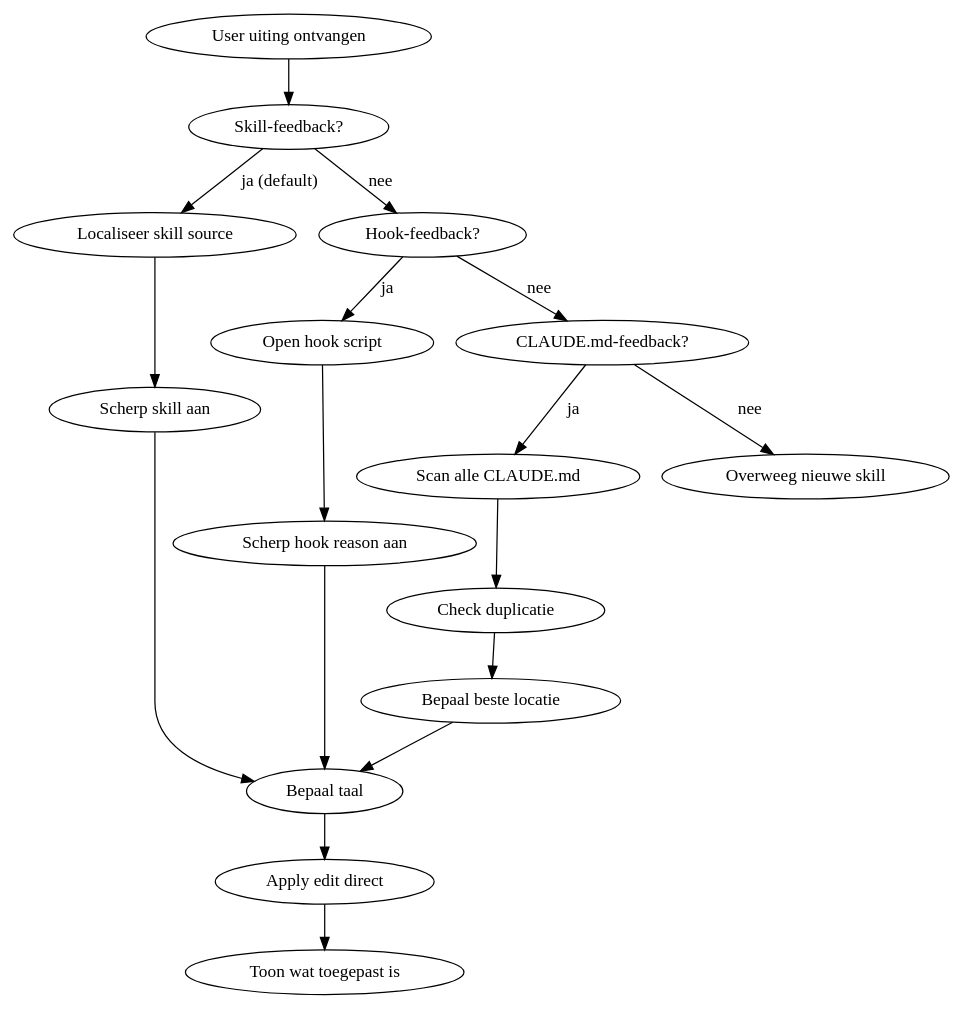
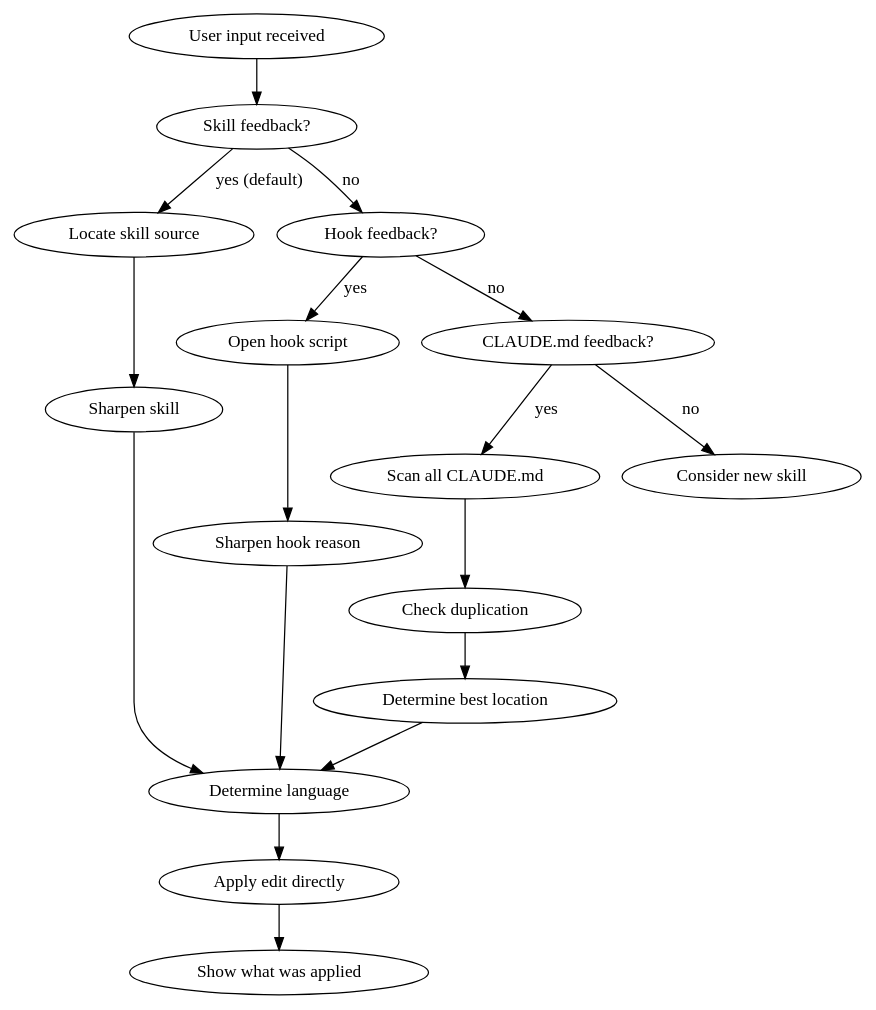
One commit to epologee/leclause-skills changed the first of 2 diagrams in packages/self-improvement/skills/self-improvement/SKILL.md. Above: the diagram before and after it, drawn with Graphviz. The commit also changed other lines of this file and 1 other file, not shown here.

First line of the commit message:
self-improvement: skill prose now reads English

````diff
--- a/packages/self-improvement/skills/self-improvement/SKILL.md
+++ b/packages/self-improvement/skills/self-improvement/SKILL.md
@@ -117,20 +117,20 @@
 ```dot
 digraph self_improvement {
-  "User uiting ontvangen" -> "Skill-feedback?"
-  "Skill-feedback?" -> "Localiseer skill source" [label="ja (default)"]
-  "Skill-feedback?" -> "Hook-feedback?" [label="nee"]
-  "Hook-feedback?" -> "Open hook script" [label="ja"]
-  "Hook-feedback?" -> "CLAUDE.md-feedback?" [label="nee"]
-  "CLAUDE.md-feedback?" -> "Scan alle CLAUDE.md" [label="ja"]
-  "CLAUDE.md-feedback?" -> "Overweeg nieuwe skill" [label="nee"]
-  "Localiseer skill source" -> "Scherp skill aan"
-  "Open hook script" -> "Scherp hook reason aan"
-  "Scan alle CLAUDE.md" -> "Check duplicatie"
-  "Check duplicatie" -> "Bepaal beste locatie"
-  "Bepaal beste locatie" -> "Bepaal taal"
-  "Scherp skill aan" -> "Bepaal taal"
-  "Scherp hook reason aan" -> "Bepaal taal"
-  "Bepaal taal" -> "Apply edit direct"
-  "Apply edit direct" -> "Toon wat toegepast is"
+  "User input received" -> "Skill feedback?"
+  "Skill feedback?" -> "Locate skill source" [label="yes (default)"]
+  "Skill feedback?" -> "Hook feedback?" [label="no"]
+  "Hook feedback?" -> "Open hook script" [label="yes"]
+  "Hook feedback?" -> "CLAUDE.md feedback?" [label="no"]
+  "CLAUDE.md feedback?" -> "Scan all CLAUDE.md" [label="yes"]
+  "CLAUDE.md feedback?" -> "Consider new skill" [label="no"]
+  "Locate skill source" -> "Sharpen skill"
+  "Open hook script" -> "Sharpen hook reason"
+  "Scan all CLAUDE.md" -> "Check duplication"
+  "Check duplication" -> "Determine best location"
+  "Determine best location" -> "Determine language"
+  "Sharpen skill" -> "Determine language"
+  "Sharpen hook reason" -> "Determine language"
+  "Determine language" -> "Apply edit directly"
+  "Apply edit directly" -> "Show what was applied"
 }
 ```
````
